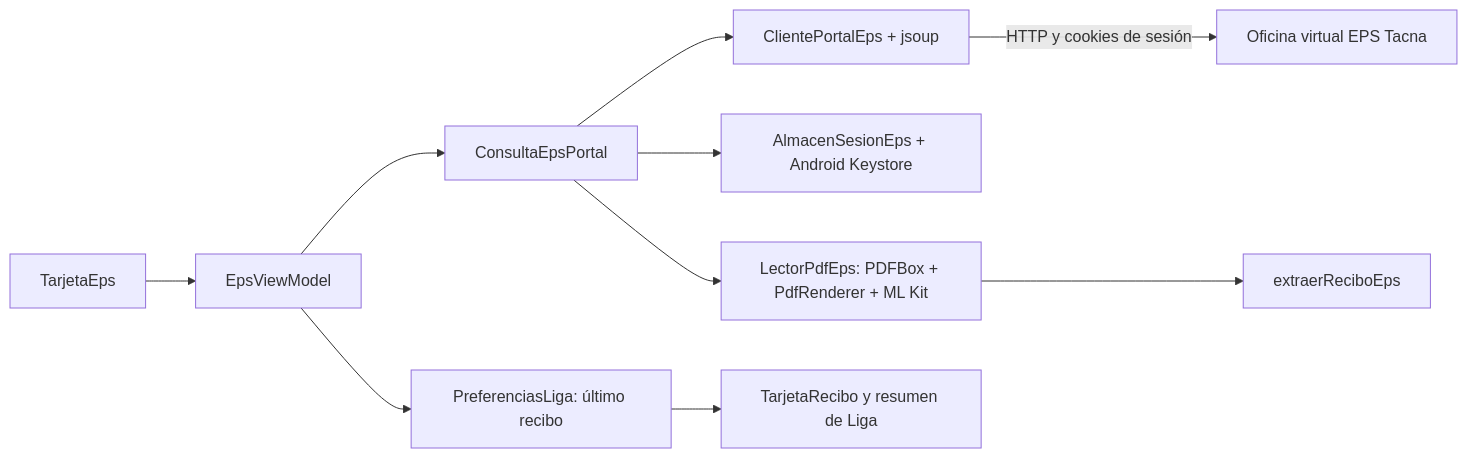
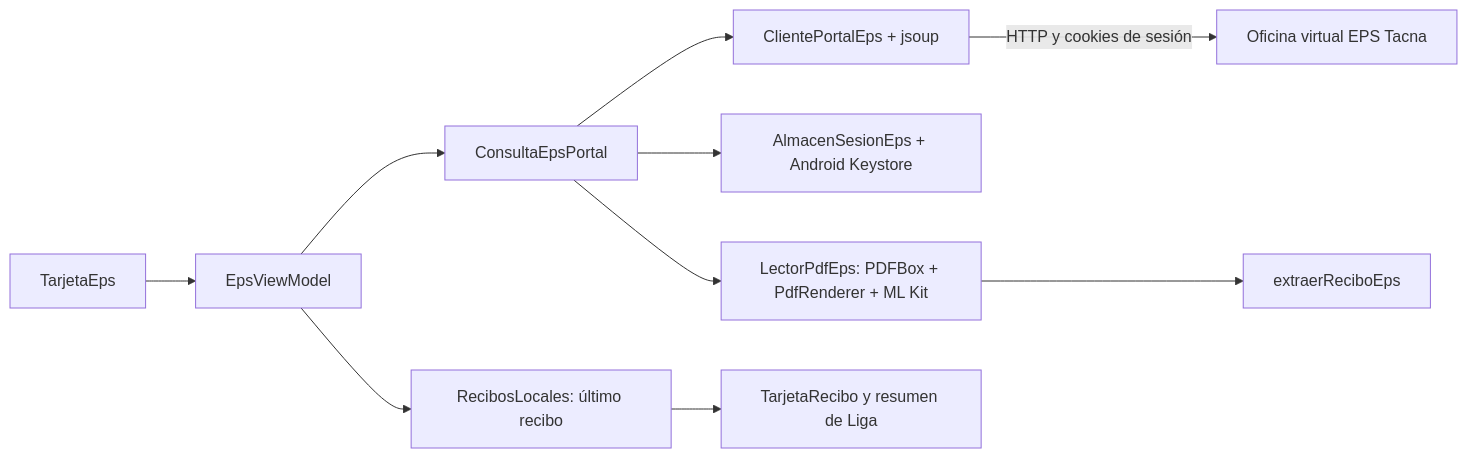
One commit to Cristhian465/Aguarda changed the sixth of 6 diagrams in Readme.md. Above: the diagram before and after it, drawn with Mermaid. The commit also changed other lines of this file and 33 other files, not shown here.

Commit message:
Añadir Inicio azul y separar Recibos EPS de Liga del Agua

````diff
--- a/Readme.md
+++ b/Readme.md
@@ -355,12 +355,12 @@
 ```mermaid
 flowchart LR
     UI[TarjetaEps] --> VM[EpsViewModel]
     VM --> CP[ConsultaEpsPortal]
     CP --> CL[ClientePortalEps + jsoup]
     CL -->|HTTP y cookies de sesión| EPS[Oficina virtual EPS Tacna]
     CP --> AS[AlmacenSesionEps + Android Keystore]
     CP --> PDF[LectorPdfEps: PDFBox + PdfRenderer + ML Kit]
     PDF --> EX[extraerReciboEps]
-    VM --> PREF[PreferenciasLiga: último recibo]
+    VM --> PREF[RecibosLocales: último recibo]
     PREF --> REC[TarjetaRecibo y resumen de Liga]
 ```
````
